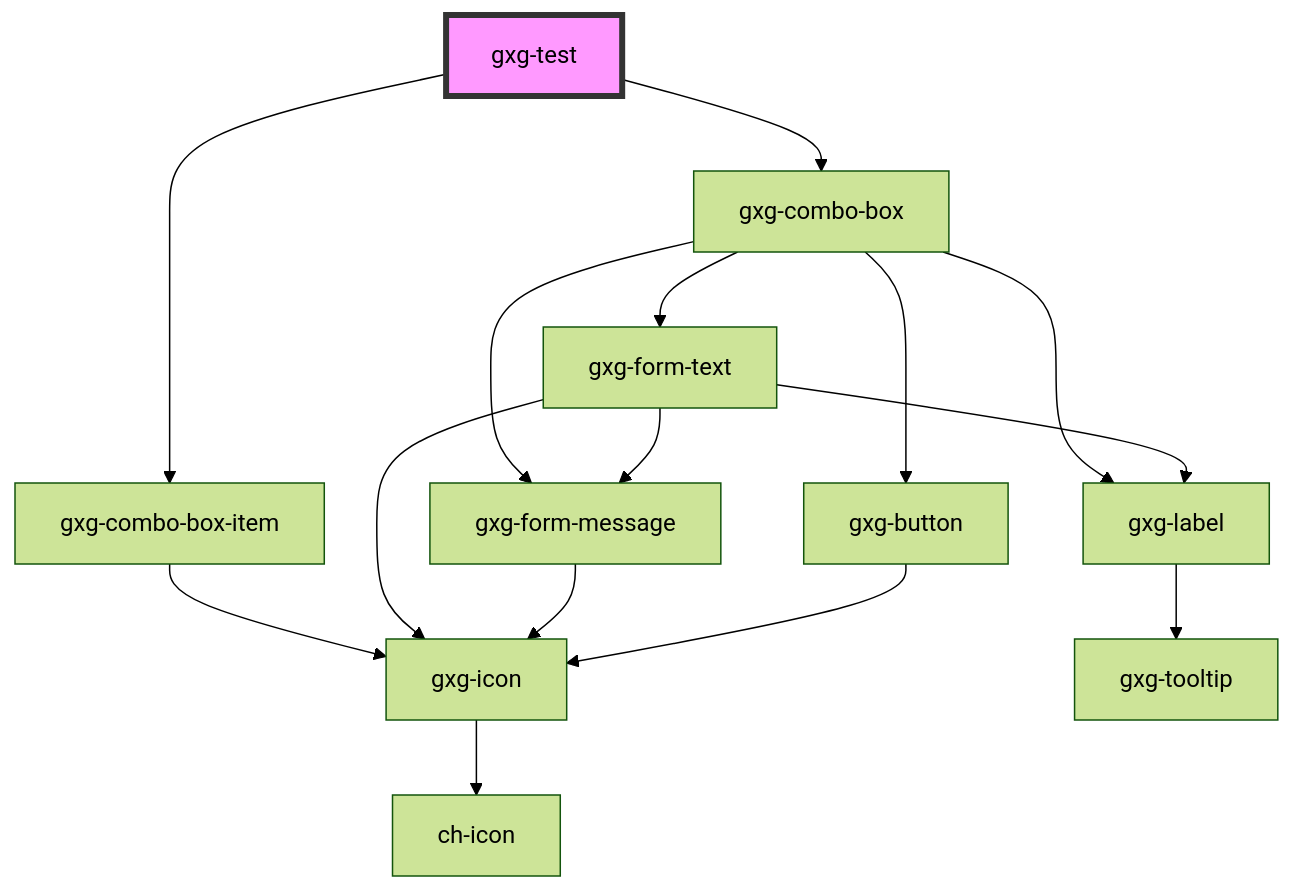
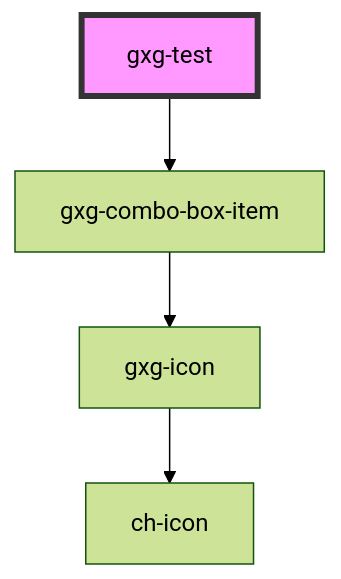
The diagram in src/components/test/readme.md (genexuslabs/gemini), drawn with Mermaid (forest theme) before and after one commit. The commit also changed other lines of this file and 23 other files, not shown here.

````diff
--- a/src/components/test/readme.md
+++ b/src/components/test/readme.md
@@ -20,18 +19,7 @@
 ```mermaid
 graph TD;
   gxg-test --> gxg-combo-box-item
-  gxg-test --> gxg-combo-box
   gxg-combo-box-item --> gxg-icon
   gxg-icon --> ch-icon
-  gxg-combo-box --> gxg-label
-  gxg-combo-box --> gxg-form-text
-  gxg-combo-box --> gxg-button
-  gxg-combo-box --> gxg-form-message
-  gxg-label --> gxg-tooltip
-  gxg-form-text --> gxg-icon
-  gxg-form-text --> gxg-label
-  gxg-form-text --> gxg-form-message
-  gxg-form-message --> gxg-icon
-  gxg-button --> gxg-icon
   style gxg-test fill:#f9f,stroke:#333,stroke-width:4px
 ```
````
